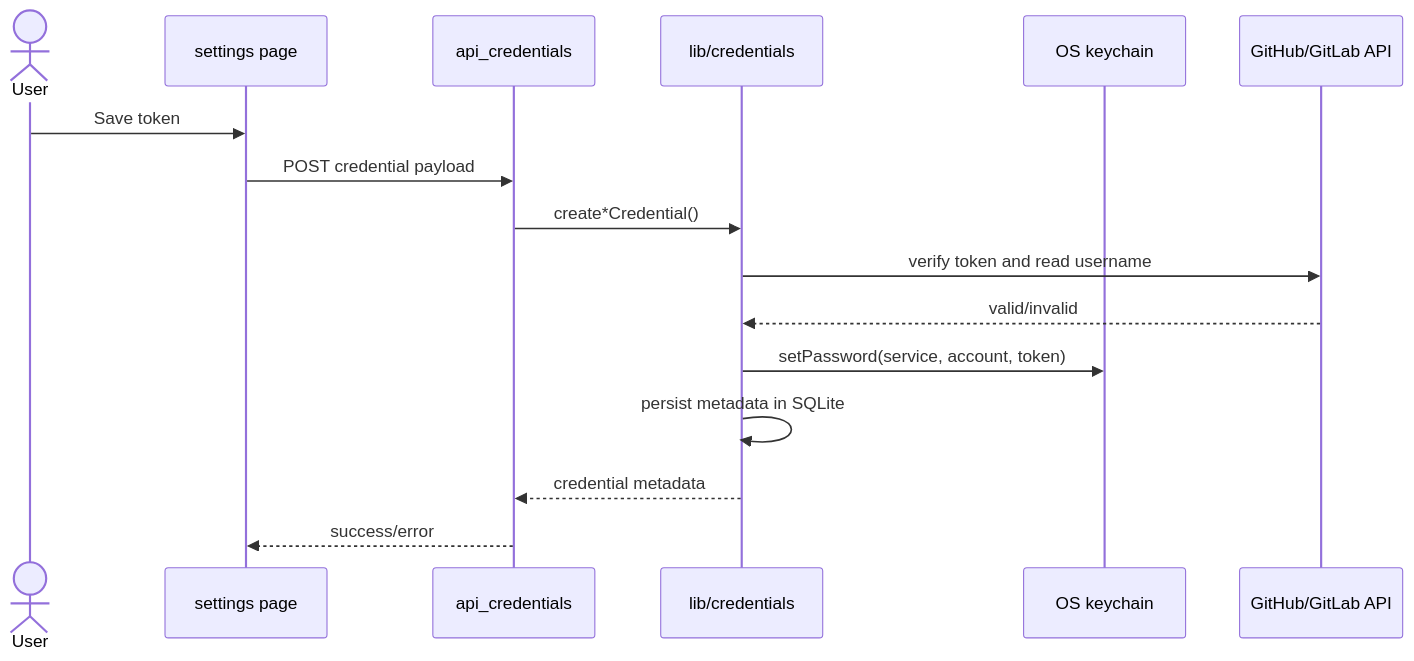
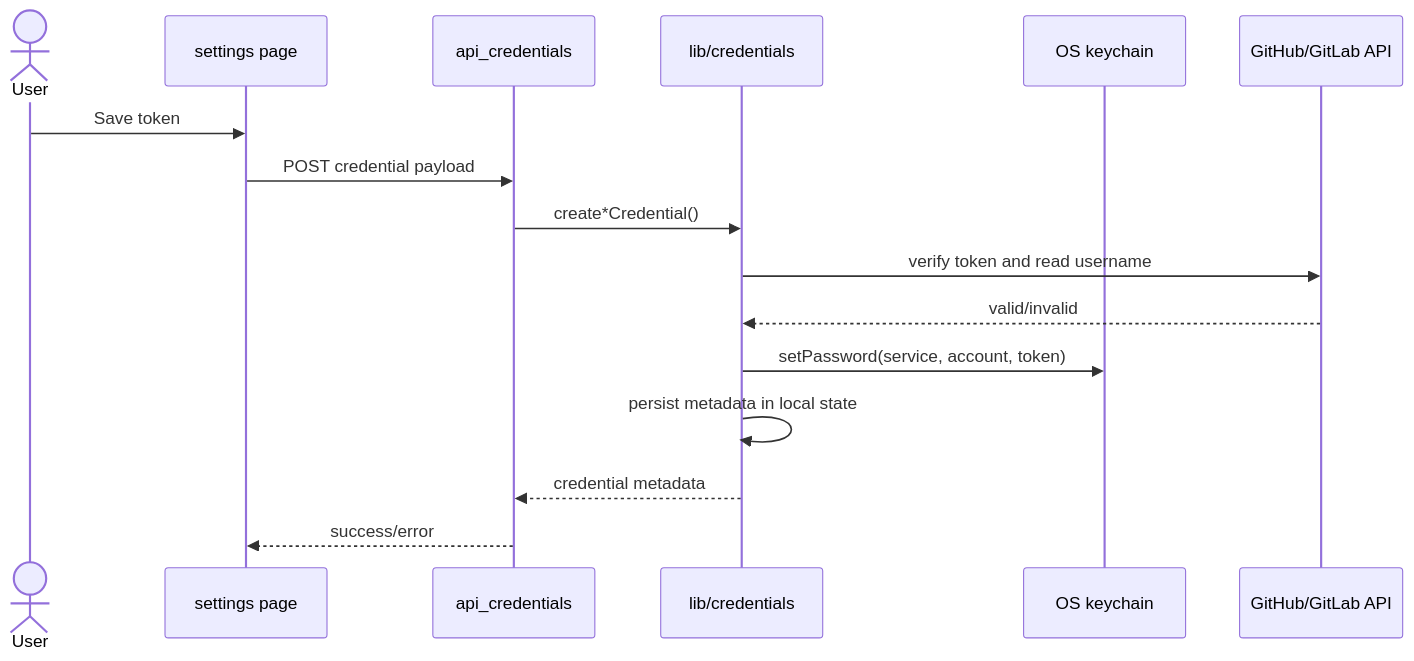
The diagram in docs/wiki/Features/Credentials-and-Authentication.md (m0o0scar/den), drawn with Mermaid before and after one commit. The commit also changed other lines of this file and 33 other files, not shown here.

First line of the commit message:
Replace local SQLite persistence with JSON state storage

````diff
--- a/docs/wiki/Features/Credentials-and-Authentication.md
+++ b/docs/wiki/Features/Credentials-and-Authentication.md
@@ -62,19 +62,19 @@
 ```mermaid
 sequenceDiagram
   actor User
   participant UI as settings page
   participant API as api_credentials
   participant Cred as lib/credentials
   participant Keytar as OS keychain
   participant Provider as GitHub/GitLab API
 
   User->>UI: Save token
   UI->>API: POST credential payload
   API->>Cred: create*Credential()
   Cred->>Provider: verify token and read username
   Provider-->>Cred: valid/invalid
   Cred->>Keytar: setPassword(service, account, token)
-  Cred->>Cred: persist metadata in SQLite
+  Cred->>Cred: persist metadata in local state
   Cred-->>API: credential metadata
   API-->>UI: success/error
 ```
````
